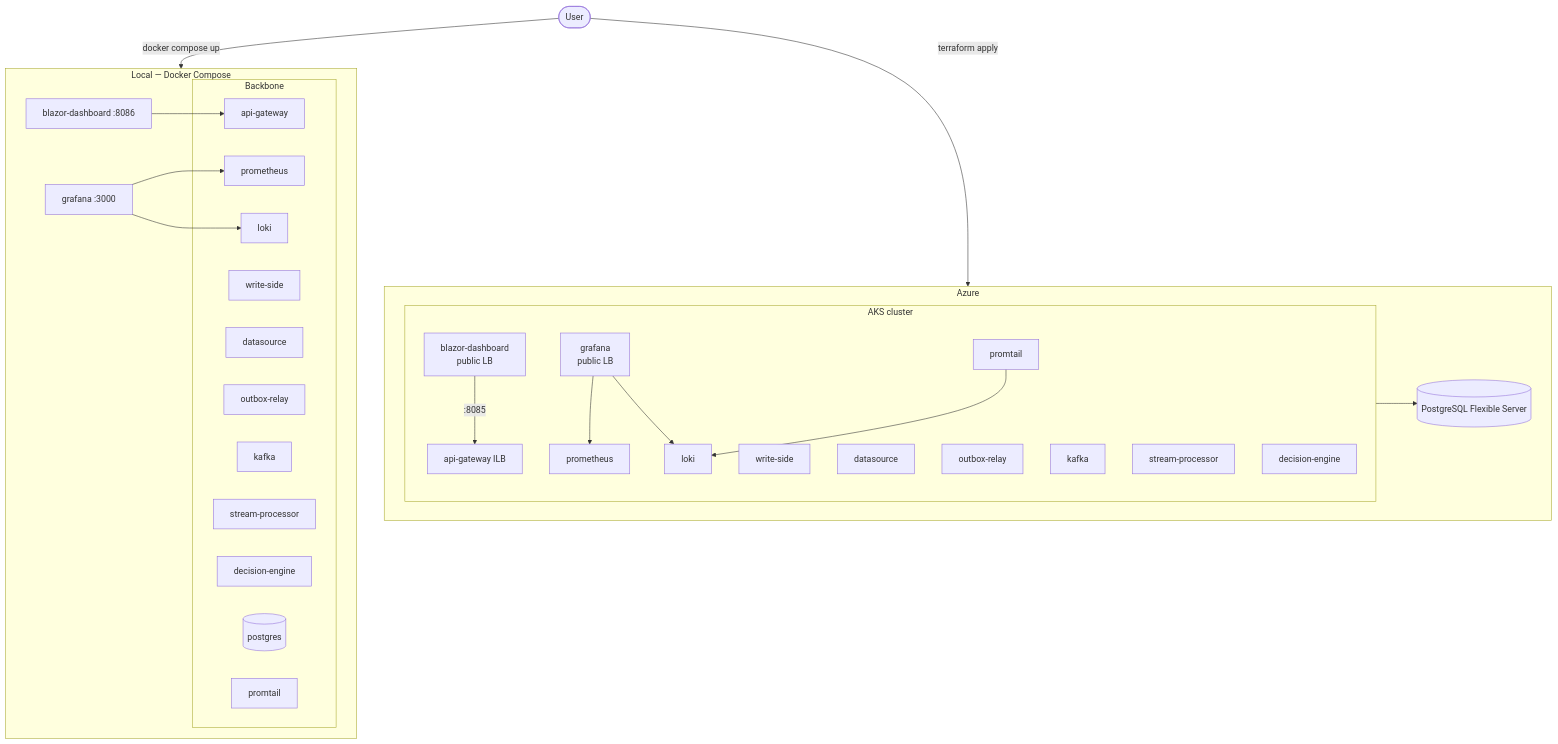
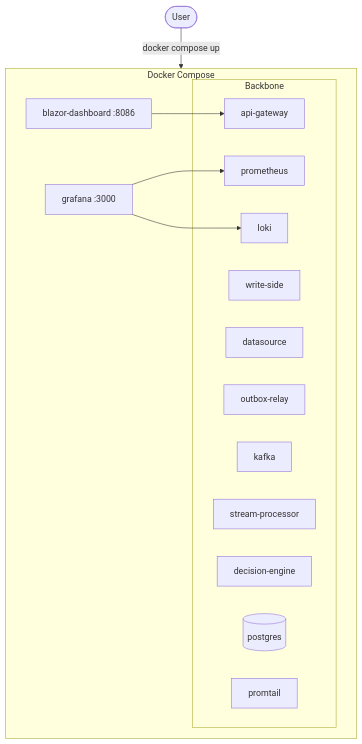
One commit to asaleh-lab/AetherStream changed the third of 3 diagrams in README.md. Above: the diagram before and after it, drawn with Mermaid. The commit also changed other lines of this file and 3 other files, not shown here.

````diff
--- a/README.md
+++ b/README.md
@@ -107,51 +119,27 @@
 ```mermaid
 flowchart TB
   U([User])
 
-  subgraph Local["Local — Docker Compose"]
+  subgraph Local["Docker Compose"]
     LUI[blazor-dashboard :8086]
     LGF[grafana :3000]
     subgraph LBack["Backbone"]
       LGW[api-gateway]
       LWS[write-side]
       LDS[datasource]
       LRL[outbox-relay]
       LK[kafka]
       LSP[stream-processor]
       LDE[decision-engine]
       LPG[(postgres)]
       LPROM[prometheus]
       LLOKI[loki]
       LPROMT[promtail]
     end
     LUI --> LGW
     LGF --> LPROM
     LGF --> LLOKI
   end
 
-  subgraph Azure["Azure"]
-    PG[(PostgreSQL Flexible Server)]
-    subgraph AKS["AKS cluster"]
-      BZ[blazor-dashboard<br/>public LB]
-      GR[grafana<br/>public LB]
-      AGW[api-gateway ILB]
-      PROM[prometheus]
-      LOKI[loki]
-      PROMTAIL[promtail]
-      WS[write-side]
-      DS[datasource]
-      RL[outbox-relay]
-      KF[kafka]
-      SP[stream-processor]
-      DE[decision-engine]
-      BZ -->|:8085| AGW
-      GR --> PROM
-      GR --> LOKI
-      PROMTAIL --> LOKI
-    end
-    AKS --> PG
-  end
-
   U -->|docker compose up| Local
-  U -->|terraform apply| Azure
 ```
````
